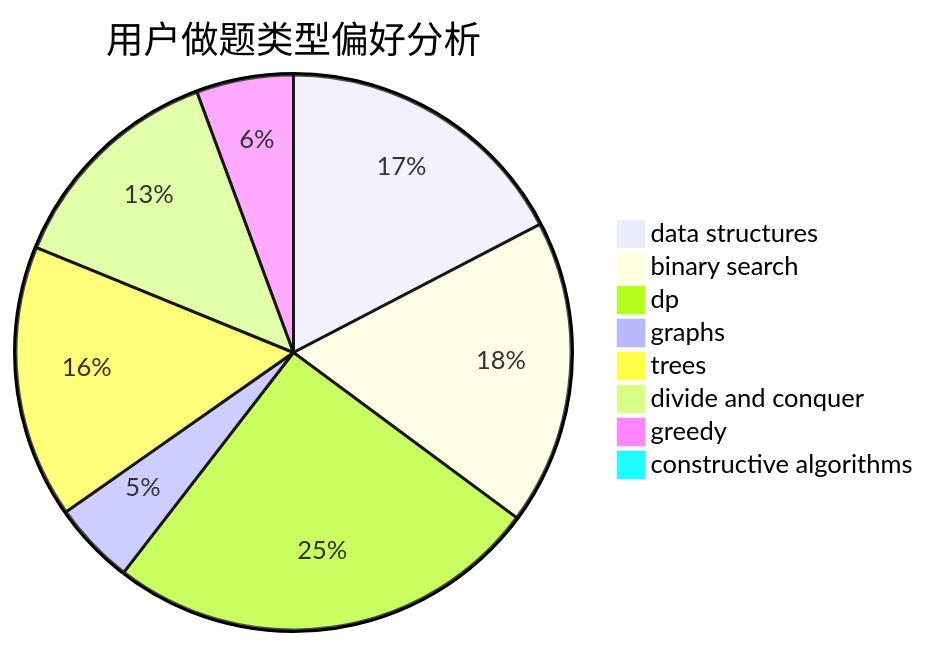
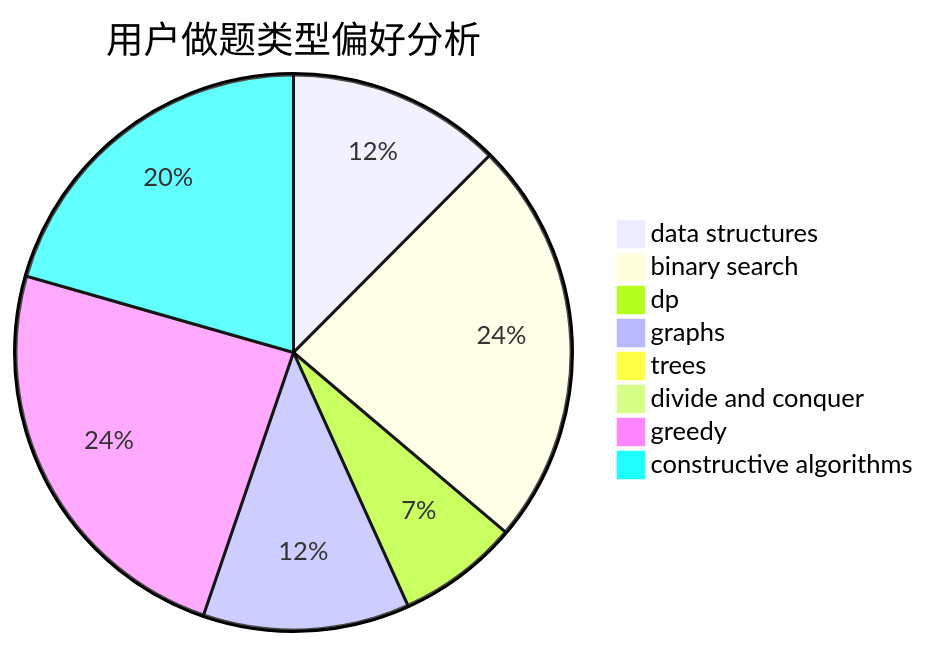
The second of 3 diagrams in docs/user/u100.md (sherpahu/cfrs.github.io), drawn with Mermaid before and after one commit. The commit also changed other lines of this file and 2770 other files, not shown here.

````diff
--- a/docs/user/u100.md
+++ b/docs/user/u100.md
@@ -23,11 +23,11 @@
 ```mermaid
 pie title 用户做题类型偏好分析
     "data structures" :  83
-    "binary search" :  85
-    "dp" :  121
-    "graphs" :  23
-    "trees" :  76
-    "divide and conquer" :  63
-    "greedy" :  27
-    "constructive algorithms" :  3
+    "binary search" :  158
+    "dp" :  47
+    "graphs" :  80
+    "trees" :  5
+    "divide and conquer" :  0
+    "greedy" :  161
+    "constructive algorithms" :  137
 ```
````
